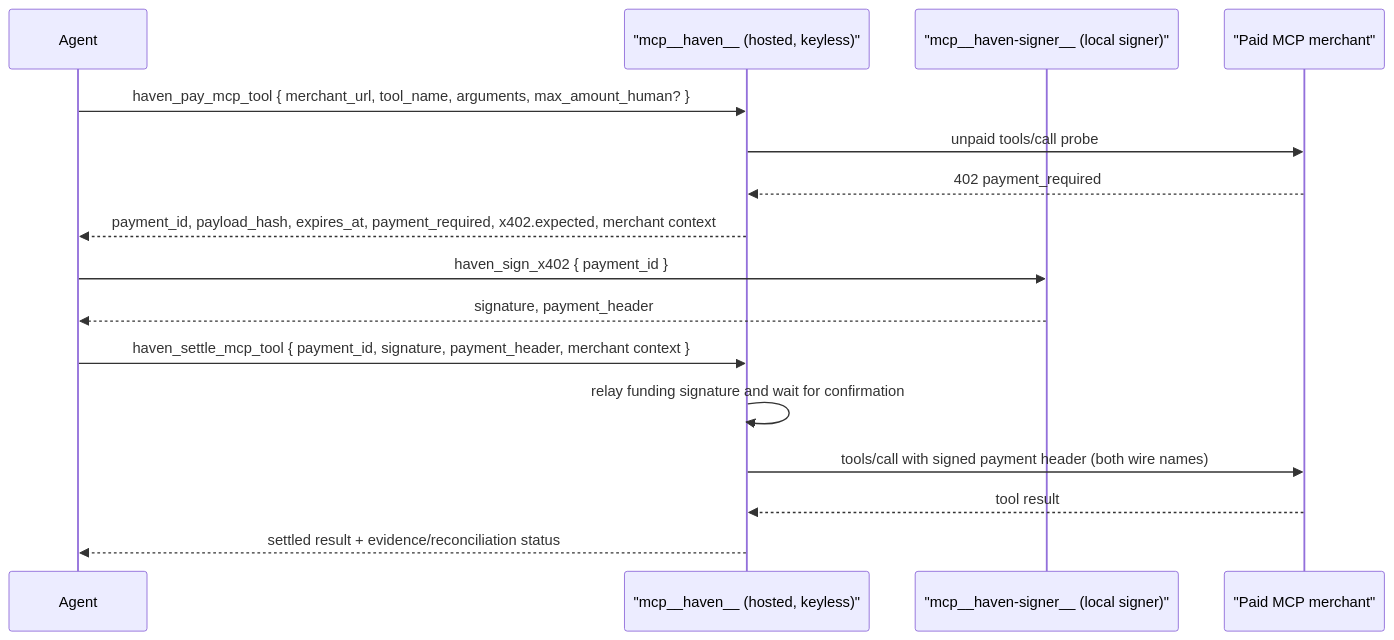
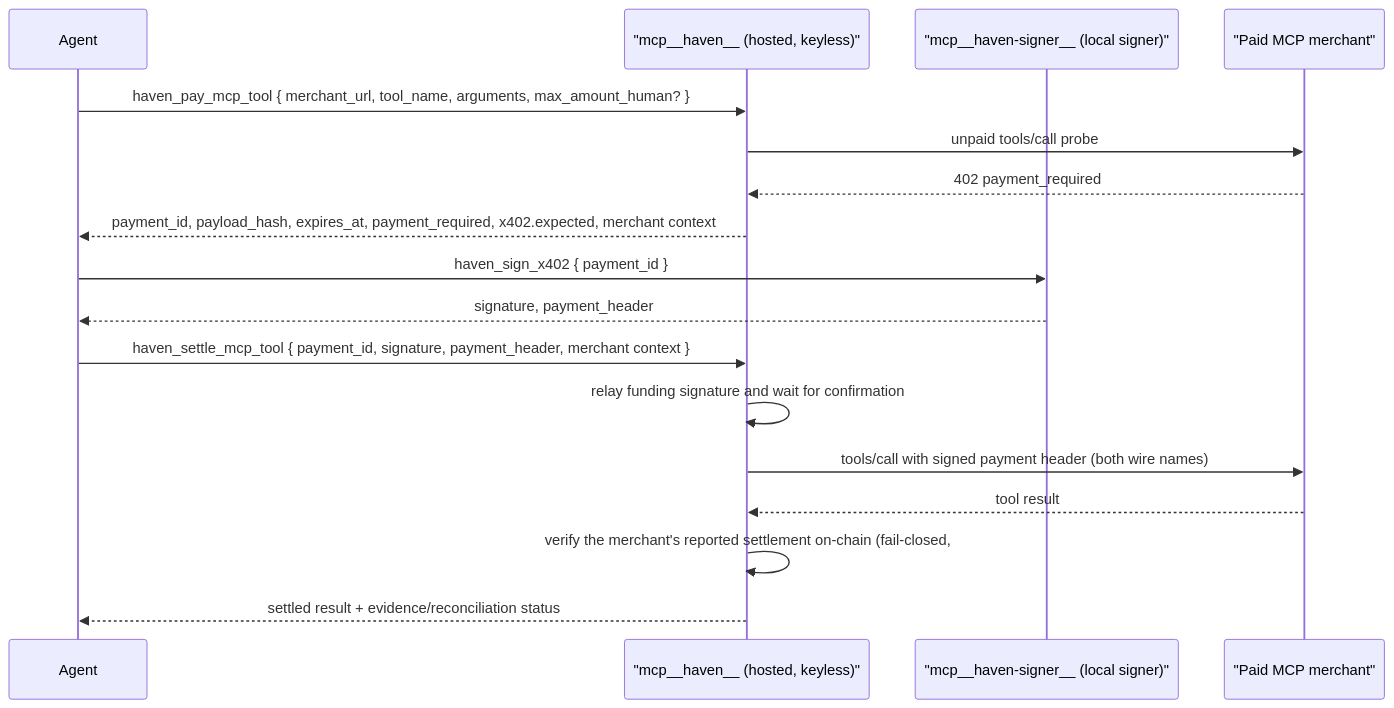
One commit to d-hinders/Haven-AI changed the diagram in packages/mcp-server/README.md. Above: the diagram before and after it, drawn with Mermaid. The commit also changed other lines of this file and 12 other files, not shown here.

````diff
--- a/packages/mcp-server/README.md
+++ b/packages/mcp-server/README.md
@@ -78,19 +78,20 @@
 ```mermaid
 sequenceDiagram
     participant Agent
     participant Hosted as "mcp__haven__ (hosted, keyless)"
     participant Signer as "mcp__haven-signer__ (local signer)"
     participant Merchant as "Paid MCP merchant"
 
     Agent->>Hosted: haven_pay_mcp_tool { merchant_url, tool_name, arguments, max_amount_human? }
     Hosted->>Merchant: unpaid tools/call probe
     Merchant-->>Hosted: 402 payment_required
     Hosted-->>Agent: payment_id, payload_hash, expires_at, payment_required, x402.expected, merchant context
     Agent->>Signer: haven_sign_x402 { payment_id }
     Signer-->>Agent: signature, payment_header
     Agent->>Hosted: haven_settle_mcp_tool { payment_id, signature, payment_header, merchant context }
     Hosted->>Hosted: relay funding signature and wait for confirmation
     Hosted->>Merchant: tools/call with signed payment header (both wire names)
     Merchant-->>Hosted: tool result
+    Hosted->>Hosted: verify the merchant's reported settlement on-chain (fail-closed, #2971)
     Hosted-->>Agent: settled result + evidence/reconciliation status
 ```
````
